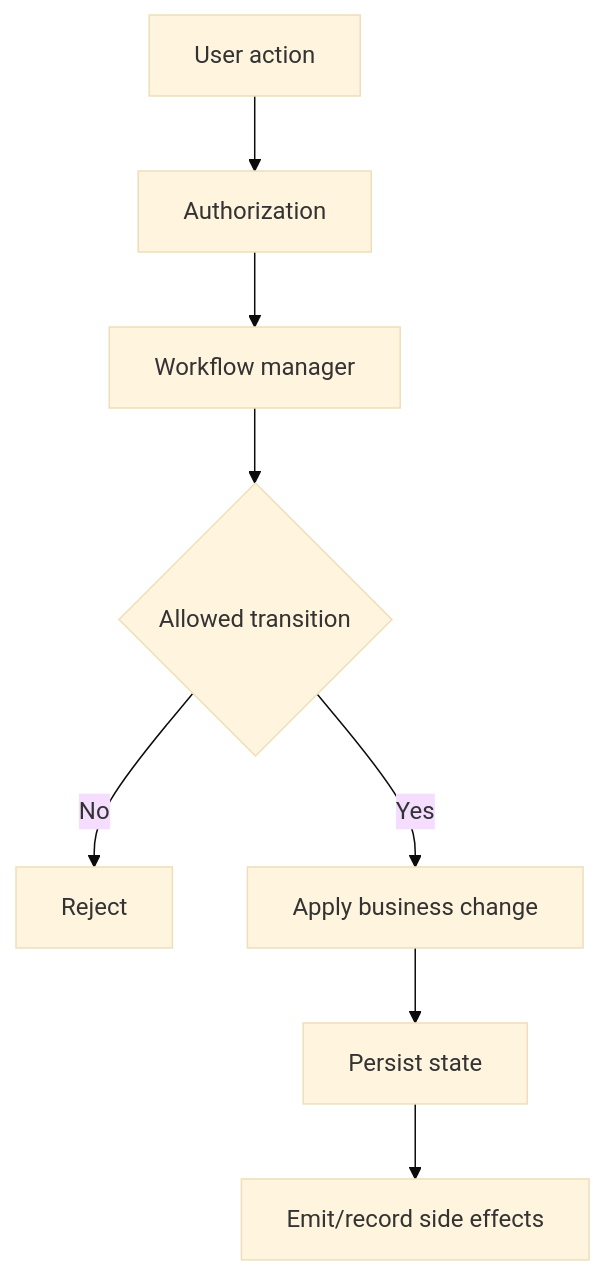
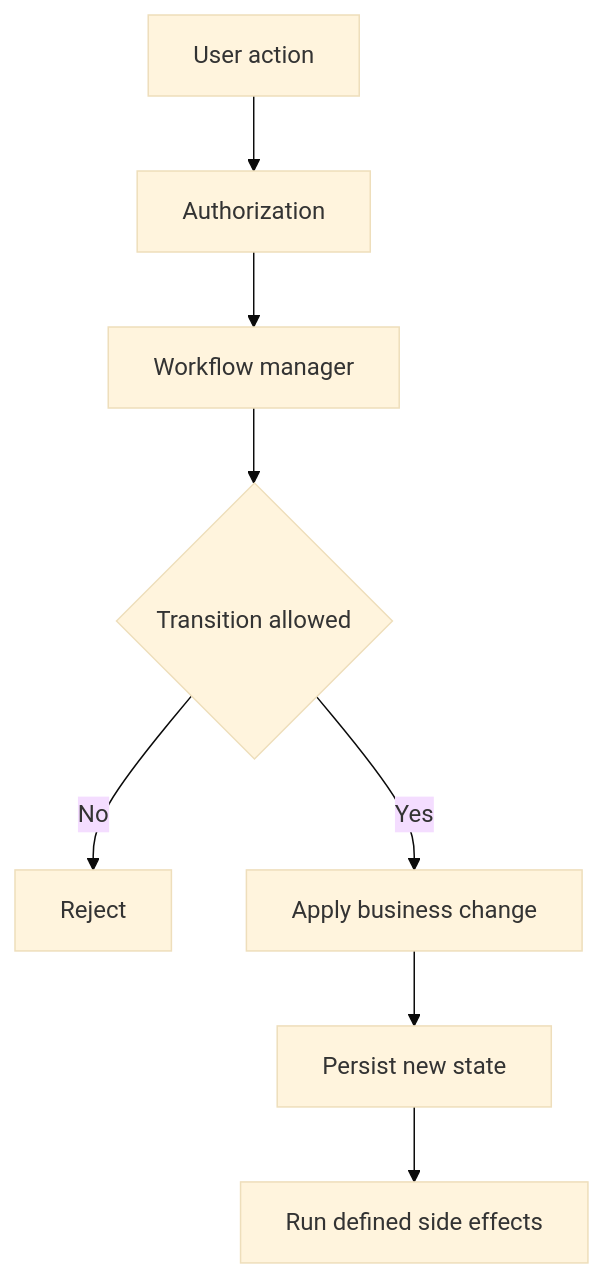
The fifth of 6 diagrams in documentation/handbook/18-cache-logging-workflow.md (shuklasp/spp), drawn with Mermaid (base theme) before and after one commit. The commit also changed other lines of this file, not shown here.

````diff
--- a/documentation/handbook/18-cache-logging-workflow.md
+++ b/documentation/handbook/18-cache-logging-workflow.md
@@ -147,10 +223,10 @@
 ```mermaid
 flowchart TD
     A[User action] --> B[Authorization]
     B --> C[Workflow manager]
-    C --> D{Allowed transition}
+    C --> D{Transition allowed}
     D -- No --> E[Reject]
     D -- Yes --> F[Apply business change]
-    F --> G[Persist state]
-    G --> H[Emit/record side effects]
+    F --> G[Persist new state]
+    G --> H[Run defined side effects]
 ```
````
